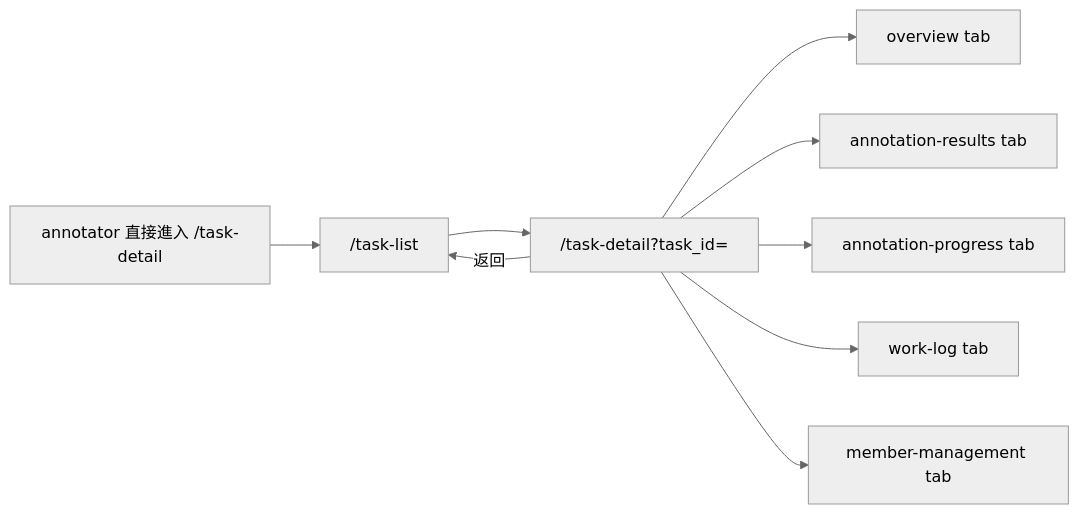
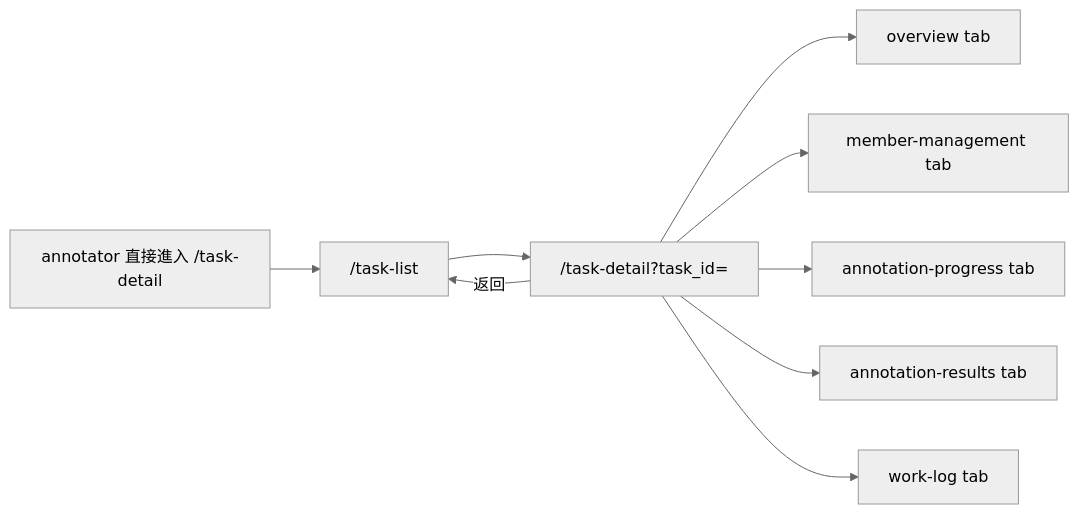
One commit to singyichen/label-suite changed the second of 2 diagrams in specs/task-management/014-task-detail/spec.md. Above: the diagram before and after it, drawn with Mermaid (neutral theme). The commit also changed other lines of this file and 2 other files, not shown here.

First line of the commit message:
feat(task-management): add member annotation detail with pagination to annotation-progress tab

````diff
--- a/specs/task-management/014-task-detail/spec.md
+++ b/specs/task-management/014-task-detail/spec.md
@@ -574,11 +603,11 @@
 ```mermaid
 flowchart LR
     tasklist["/task-list"] --> taskdetail["/task-detail?task_id="]
     taskdetail --> overview["overview tab"]
+    taskdetail --> member["member-management tab"]
+    taskdetail --> progress["annotation-progress tab"]
     taskdetail --> results["annotation-results tab"]
-    taskdetail --> progress["annotation-progress tab"]
     taskdetail --> worklog["work-log tab"]
-    taskdetail --> member["member-management tab"]
     taskdetail -->|返回| tasklist
     annotatorBlocked["annotator 直接進入 /task-detail"] --> tasklist["/task-list"]
 ```
````
